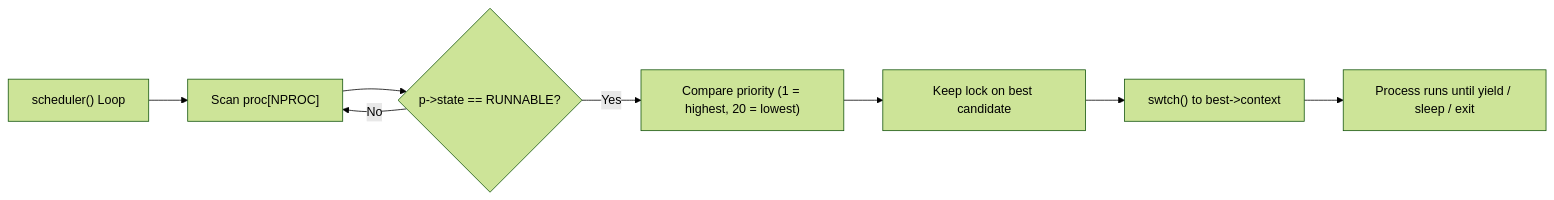
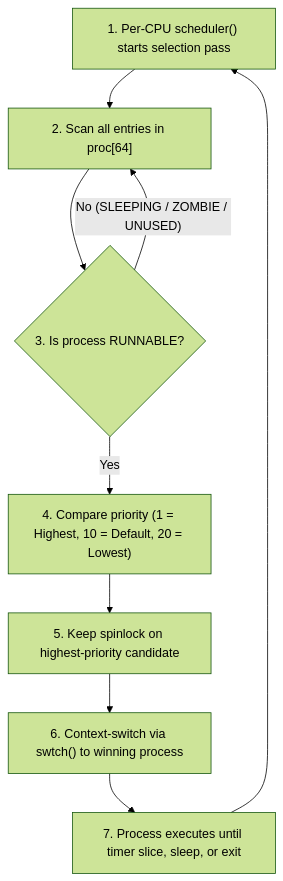
One commit to asbahkhan67-ctrl/xv6-riscv changed the third of 21 diagrams in README.md. Above: the diagram before and after it, drawn with Mermaid (forest theme). The commit also changed other lines of this file, not shown here.

````diff
--- a/README.md
+++ b/README.md
@@ -170,10 +209,11 @@
 ```mermaid
-flowchart LR
-    A["scheduler() Loop"] --> B["Scan proc[NPROC]"]
-    B --> C{"p->state == RUNNABLE?"}
-    C -- "No" --> B
-    C -- "Yes" --> D["Compare priority (1 = highest, 20 = lowest)"]
-    D --> E["Keep lock on best candidate"]
-    E --> F["swtch() to best->context"]
-    F --> G["Process runs until yield / sleep / exit"]
+flowchart TD
+    S1["1. Per-CPU scheduler() starts selection pass"] --> S2["2. Scan all entries in proc[64]"]
+    S2 --> S3{"3. Is process RUNNABLE?"}
+    S3 -- "No (SLEEPING / ZOMBIE / UNUSED)" --> S2
+    S3 -- "Yes" --> S4["4. Compare priority (1 = Highest, 10 = Default, 20 = Lowest)"]
+    S4 --> S5["5. Keep spinlock on highest-priority candidate"]
+    S5 --> S6["6. Context-switch via swtch() to winning process"]
+    S6 --> S7["7. Process executes until timer slice, sleep, or exit"]
+    S7 --> S1
 ```
````
